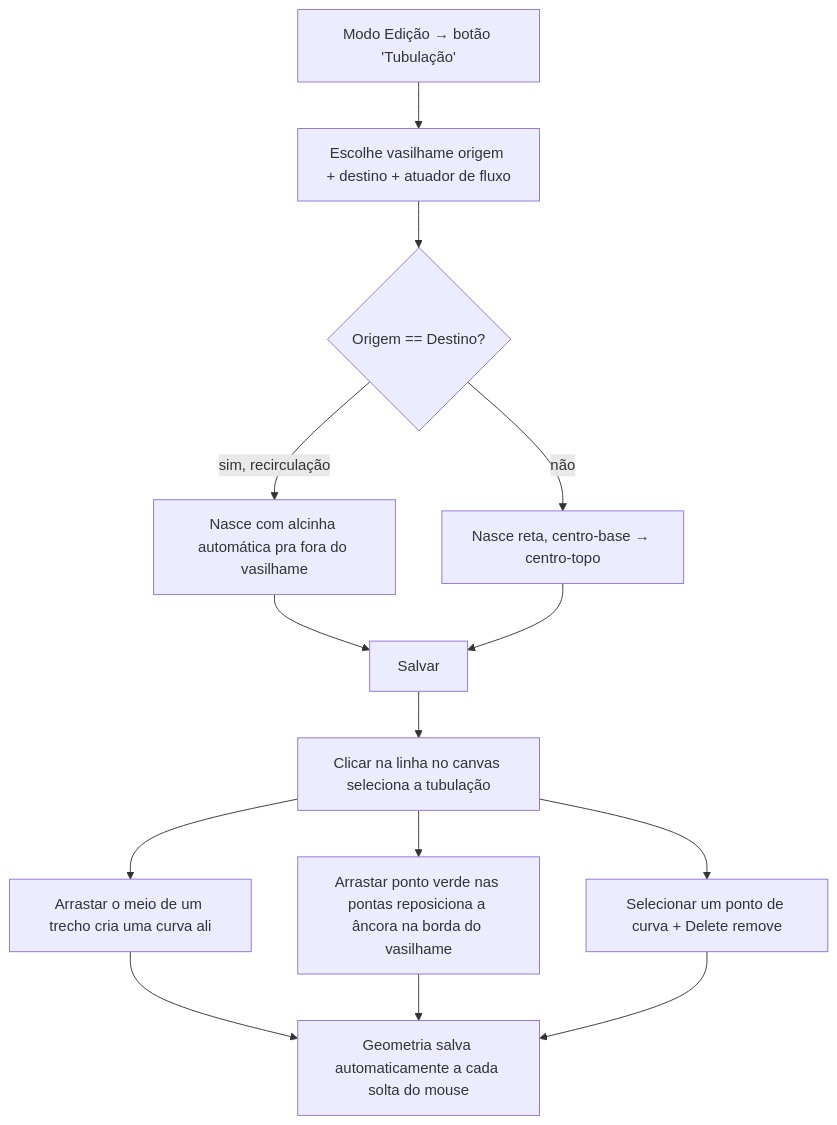
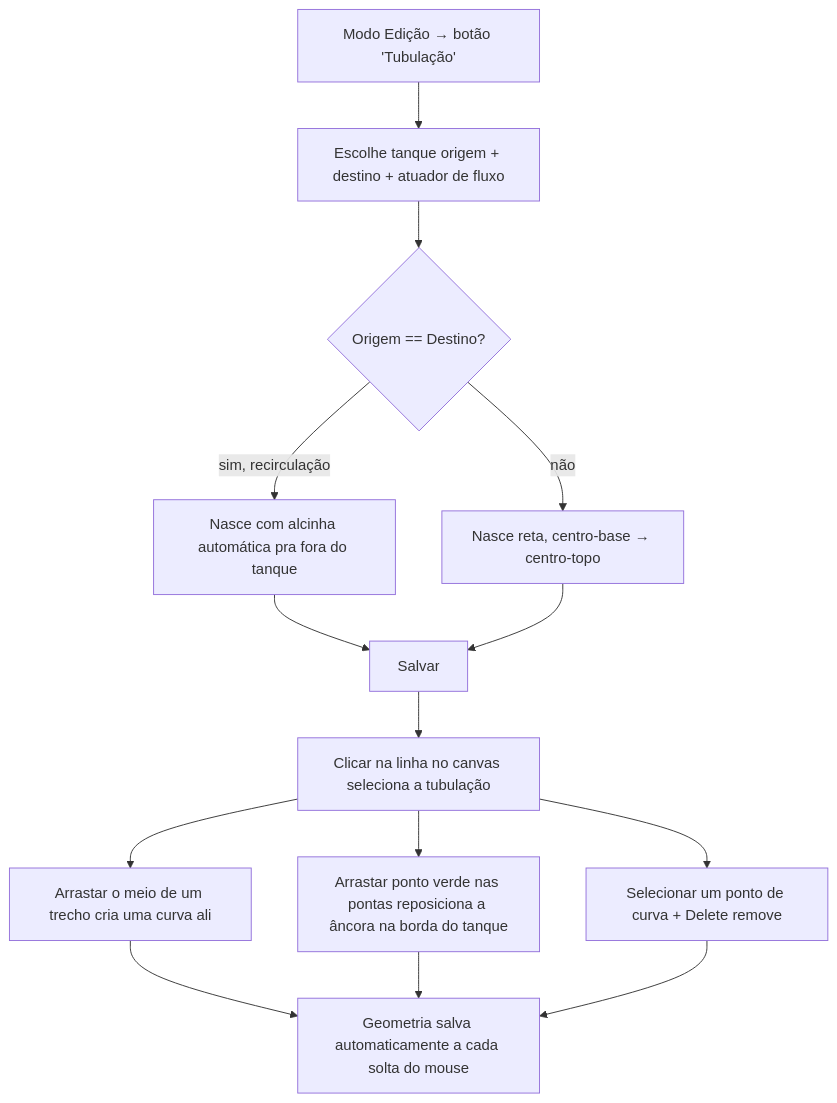
The fifth of 8 diagrams in addons/addon_brewstation/features/feature_mash_control/docs/technical/03-fluxos.md (ChristopherNicolasSMM/Tesseract), drawn with Mermaid before and after one commit. The commit also changed other lines of this file and 23 other files, not shown here.

First line of the commit message:
fix(dashboard): sessao ativa, modo edicao, botao travado + icone/Tanque/texto/imagem

````diff
--- a/addons/addon_brewstation/features/feature_mash_control/docs/technical/03-fluxos.md
+++ b/addons/addon_brewstation/features/feature_mash_control/docs/technical/03-fluxos.md
@@ -97,14 +97,14 @@
 ```mermaid
 flowchart TD
-    A[Modo Edição → botão 'Tubulação'] --> B[Escolhe vasilhame origem + destino + atuador de fluxo]
+    A[Modo Edição → botão 'Tubulação'] --> B[Escolhe tanque origem + destino + atuador de fluxo]
     B --> C{Origem == Destino?}
-    C -- sim, recirculação --> C1[Nasce com alcinha automática pra fora do vasilhame]
+    C -- sim, recirculação --> C1[Nasce com alcinha automática pra fora do tanque]
     C -- não --> C2[Nasce reta, centro-base → centro-topo]
     C1 --> D[Salvar]
     C2 --> D
     D --> E[Clicar na linha no canvas seleciona a tubulação]
     E --> F[Arrastar o meio de um trecho cria uma curva ali]
-    E --> G[Arrastar ponto verde nas pontas reposiciona a âncora na borda do vasilhame]
+    E --> G[Arrastar ponto verde nas pontas reposiciona a âncora na borda do tanque]
     E --> H[Selecionar um ponto de curva + Delete remove]
     F & G & H --> I[Geometria salva automaticamente a cada solta do mouse]
 ```
````
